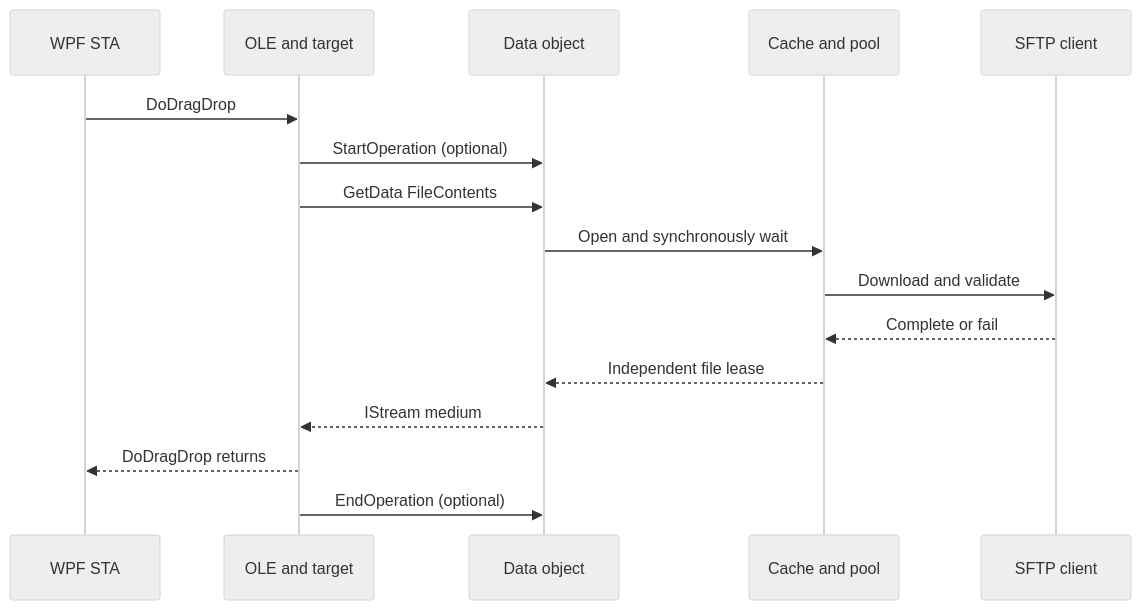
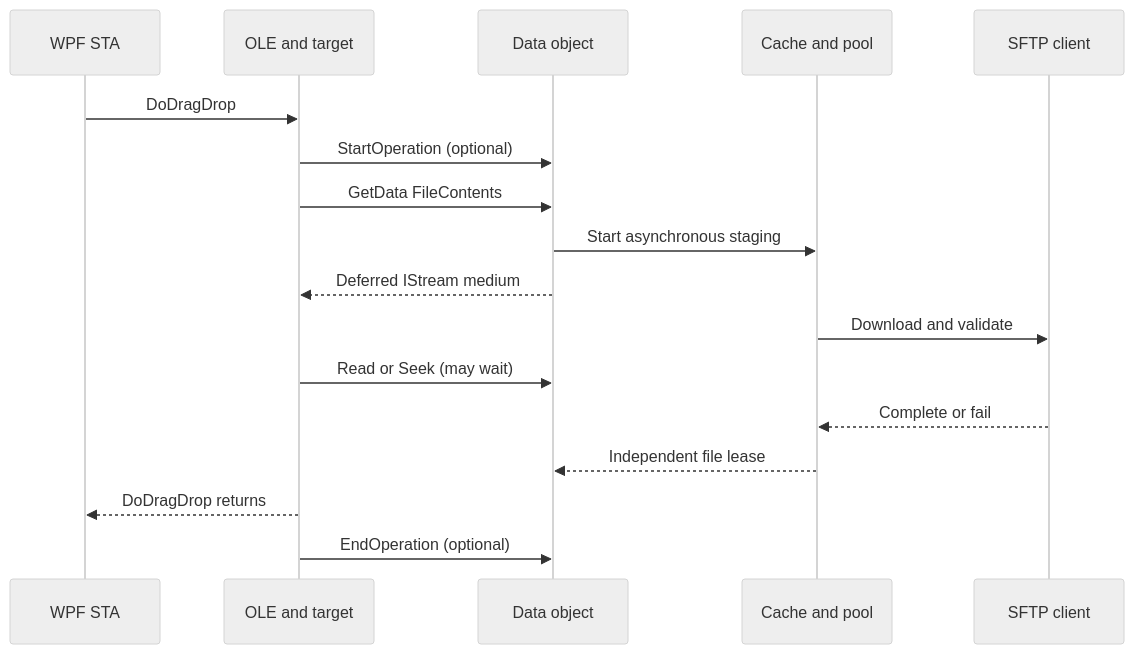
The diagram in docs/SHELL_ASYNC_LIFETIME.md (landquart/Teleclav), drawn with Mermaid (neutral theme) before and after one commit. The commit also changed other lines of this file and 6 other files, not shown here.

Commit message:
Return deferred Shell streams before remote staging completes

````diff
--- a/docs/SHELL_ASYNC_LIFETIME.md
+++ b/docs/SHELL_ASYNC_LIFETIME.md
@@ -5,18 +5,19 @@
 ```mermaid
 sequenceDiagram
     participant UI as WPF STA
     participant OLE as OLE and target
     participant Drag as Data object
     participant Cache as Cache and pool
     participant SFTP as SFTP client
     UI->>OLE: DoDragDrop
     OLE->>Drag: StartOperation (optional)
     OLE->>Drag: GetData FileContents
-    Drag->>Cache: Open and synchronously wait
+    Drag->>Cache: Start asynchronous staging
+    Drag-->>OLE: Deferred IStream medium
     Cache->>SFTP: Download and validate
+    OLE->>Drag: Read or Seek (may wait)
     SFTP-->>Cache: Complete or fail
     Cache-->>Drag: Independent file lease
-    Drag-->>OLE: IStream medium
     OLE-->>UI: DoDragDrop returns
     OLE->>Drag: EndOperation (optional)
 ```
````
